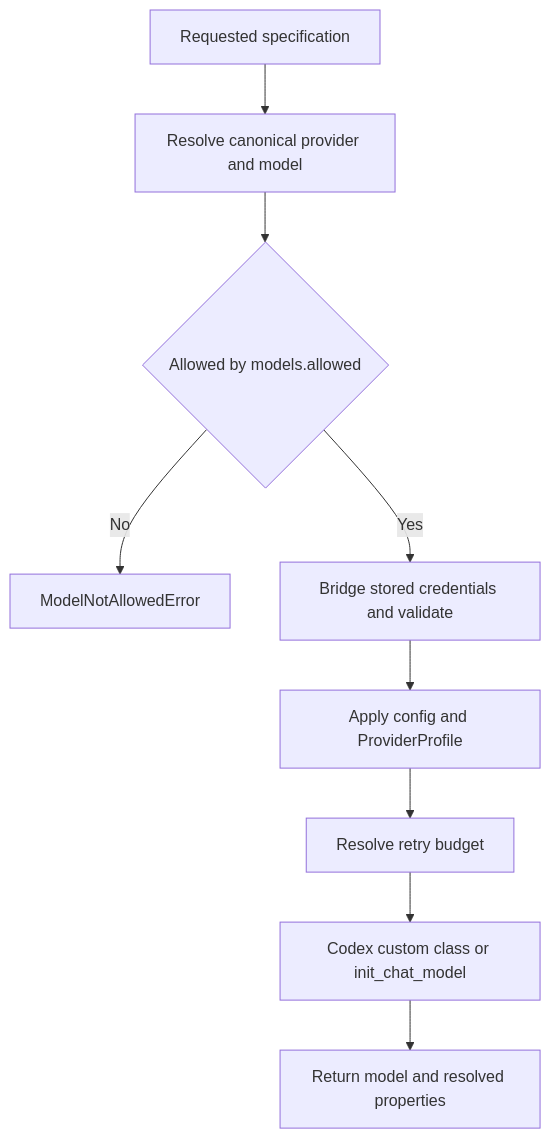
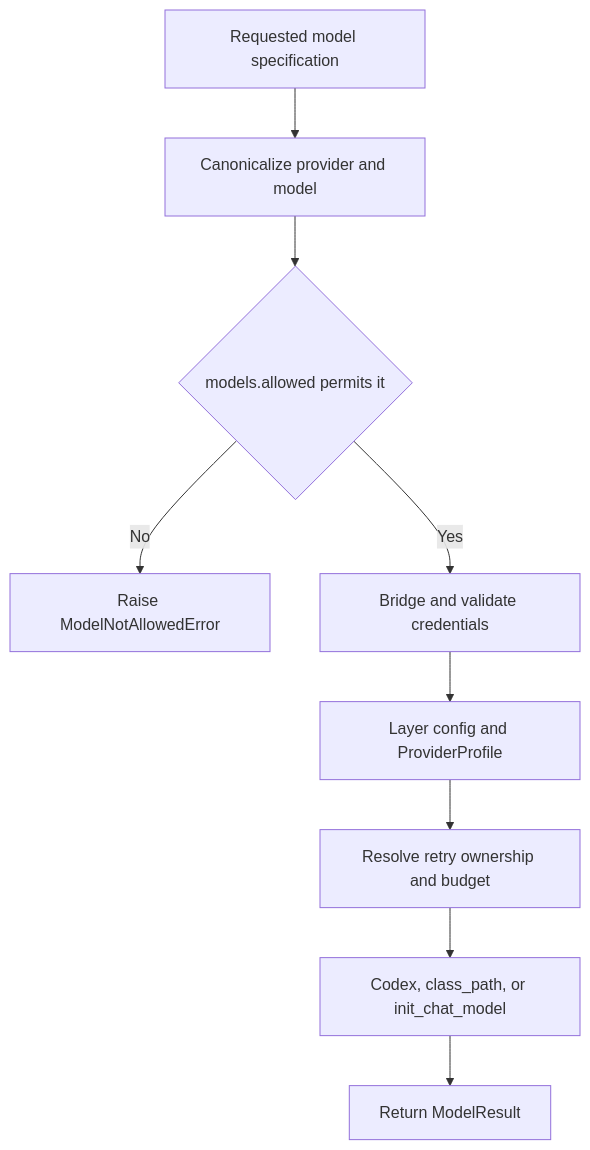
One commit to langchain-ai/deepagents changed the second of 2 diagrams in openwiki/concepts/profiles-models.md. Above: the diagram before and after it, drawn with Mermaid. The commit also changed other lines of this file and 63 other files, not shown here.

````diff
--- a/openwiki/concepts/profiles-models.md
+++ b/openwiki/concepts/profiles-models.md
@@ -165,11 +87,11 @@
 ```mermaid
 flowchart TD
-    Requested["Requested specification"] --> Canonical["Resolve canonical provider and model"]
-    Canonical --> Allowed{"Allowed by models.allowed"}
-    Allowed -->|No| Reject["ModelNotAllowedError"]
-    Allowed -->|Yes| Credentials["Bridge stored credentials and validate"]
-    Credentials --> Profile["Apply config and ProviderProfile"]
-    Profile --> Retry["Resolve retry budget"]
-    Retry --> Construct["Codex custom class or init_chat_model"]
-    Construct --> Result["Return model and resolved properties"]
+    Request["Requested model specification"] --> Resolve["Canonicalize provider and model"]
+    Resolve --> Allowed{"models.allowed permits it"}
+    Allowed -->|No| Denied["Raise ModelNotAllowedError"]
+    Allowed -->|Yes| Credentials["Bridge and validate credentials"]
+    Credentials --> Profile["Layer config and ProviderProfile"]
+    Profile --> Retries["Resolve retry ownership and budget"]
+    Retries --> Build["Codex, class_path, or init_chat_model"]
+    Build --> Result["Return ModelResult"]
 ```
````
